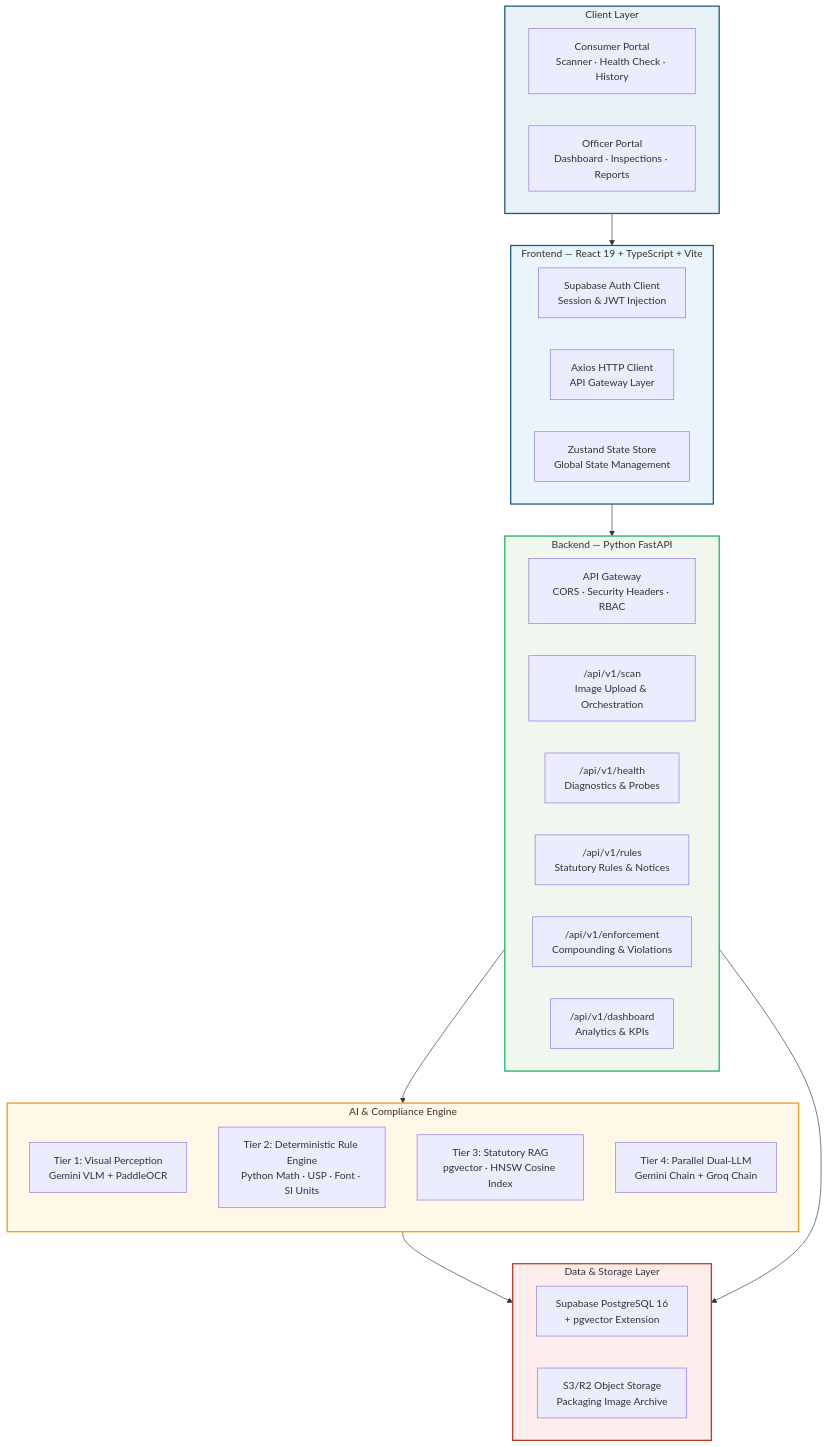
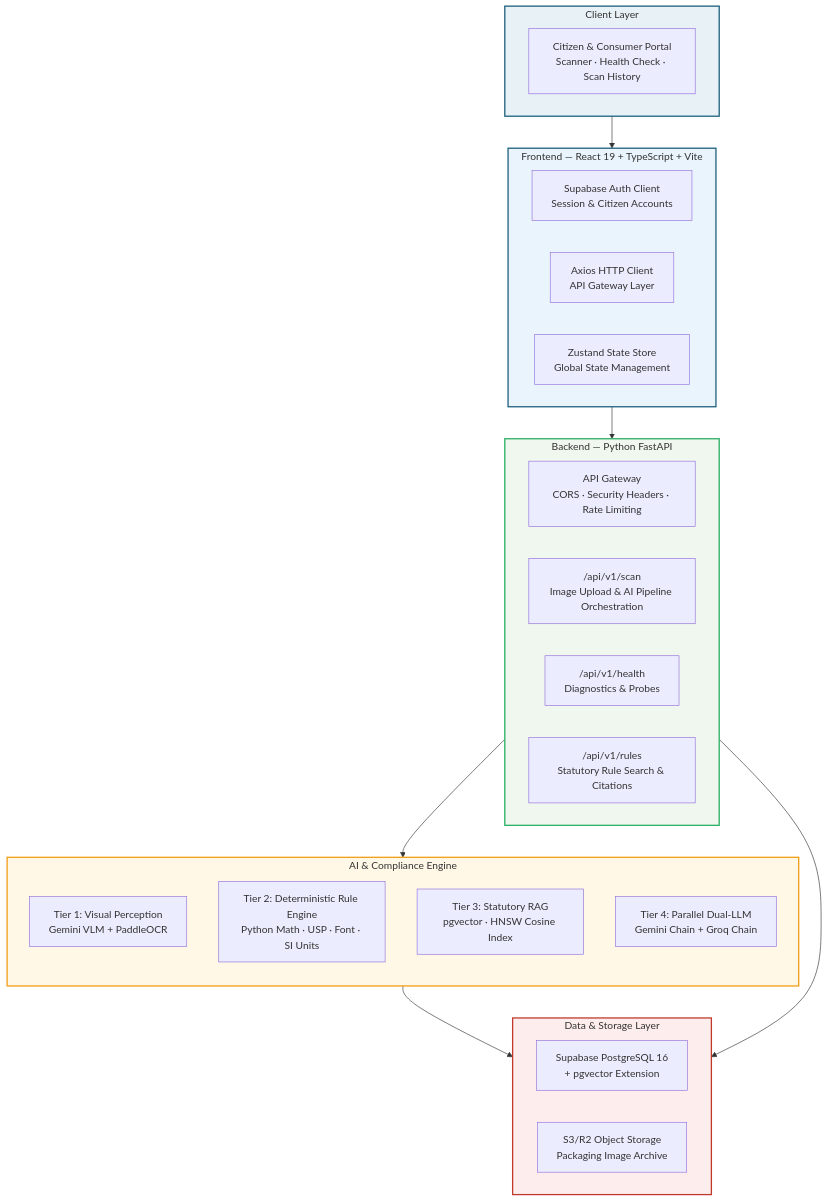
One commit to z-lovejeet/PackDrishti changed the first of 7 diagrams in README.md. Above: the diagram before and after it, drawn with Mermaid. The commit also changed other lines of this file and 35 other files, not shown here.

````diff
--- a/README.md
+++ b/README.md
@@ -160,51 +153,47 @@
 ```mermaid
 graph TB
     subgraph CLIENT["Client Layer"]
-        direction LR
-        CONSUMER["Consumer Portal<br/>Scanner · Health Check · History"]
-        OFFICER["Officer Portal<br/>Dashboard · Inspections · Reports"]
+        CONSUMER["Citizen & Consumer Portal<br/>Scanner · Health Check · Scan History"]
     end
 
     subgraph FRONTEND["Frontend — React 19 + TypeScript + Vite"]
         direction LR
-        SUPAAUTH["Supabase Auth Client<br/>Session & JWT Injection"]
+        SUPAAUTH["Supabase Auth Client<br/>Session & Citizen Accounts"]
         AXIOS["Axios HTTP Client<br/>API Gateway Layer"]
         ZUSTAND["Zustand State Store<br/>Global State Management"]
     end
 
     subgraph BACKEND["Backend — Python FastAPI"]
         direction LR
-        GATEWAY["API Gateway<br/>CORS · Security Headers · RBAC"]
-        SCAN_EP["/api/v1/scan<br/>Image Upload & Orchestration"]
+        GATEWAY["API Gateway<br/>CORS · Security Headers · Rate Limiting"]
+        SCAN_EP["/api/v1/scan<br/>Image Upload & AI Pipeline Orchestration"]
         HEALTH_EP["/api/v1/health<br/>Diagnostics & Probes"]
-        RULES_EP["/api/v1/rules<br/>Statutory Rules & Notices"]
-        ENFORCE_EP["/api/v1/enforcement<br/>Compounding & Violations"]
-        DASH_EP["/api/v1/dashboard<br/>Analytics & KPIs"]
+        RULES_EP["/api/v1/rules<br/>Statutory Rule Search & Citations"]
     end
 
     subgraph AI["AI & Compliance Engine"]
         direction TB
         EXTRACTOR["Tier 1: Visual Perception<br/>Gemini VLM + PaddleOCR"]
         RULES["Tier 2: Deterministic Rule Engine<br/>Python Math · USP · Font · SI Units"]
         RAG["Tier 3: Statutory RAG<br/>pgvector · HNSW Cosine Index"]
         DUALLLM["Tier 4: Parallel Dual-LLM<br/>Gemini Chain + Groq Chain"]
     end
 
     subgraph DATA["Data & Storage Layer"]
         direction LR
         SUPABASE["Supabase PostgreSQL 16<br/>+ pgvector Extension"]
         R2["S3/R2 Object Storage<br/>Packaging Image Archive"]
     end
 
     CLIENT --> FRONTEND
     FRONTEND --> BACKEND
     BACKEND --> AI
     AI --> DATA
     BACKEND --> DATA
 
     style CLIENT fill:#E8F1F5,stroke:#1B5E7B,stroke-width:2px
     style FRONTEND fill:#EAF4FC,stroke:#1B5E7B,stroke-width:2px
     style BACKEND fill:#F0F7EE,stroke:#27AE60,stroke-width:2px
     style AI fill:#FFF8E7,stroke:#F39C12,stroke-width:2px
     style DATA fill:#FDEDEC,stroke:#C0392B,stroke-width:2px
 ```
````
